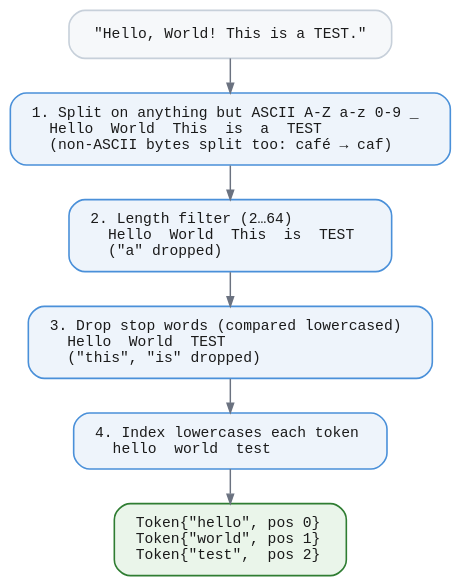
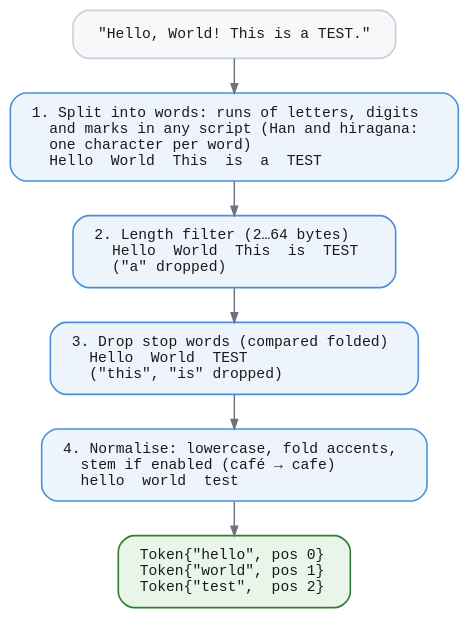
One commit to jeffhajewski/latticedb changed the diagram in book/diagrams/fts-tokenize.dot. Above: the diagram before and after it, drawn with Graphviz. The commit also changed 15 other files, not shown here.

First line of the commit message:
Bring the full-text search diagrams in line with the code

```diff
--- a/book/diagrams/fts-tokenize.dot
+++ b/book/diagrams/fts-tokenize.dot
@@ -1,23 +1,23 @@
-// Tokenization: split on ASCII word characters, filter by length, drop stop
-// words (compared lowercased); the index lowercases the tokens it keeps.
+// Tokenization: split into words by Unicode class, filter by length, drop
+// stop words (compared folded), then normalise each word into a term.
 digraph fts_tokenize {
   bgcolor="transparent"
   rankdir=TB
   nodesep=0.3
   ranksep=0.36
   fontname="Helvetica,Arial,sans-serif"
   node [shape=box style="filled,rounded" fillcolor="#eef4fb" color="#4a90d9"
         penwidth=1.2 fontname="Menlo,Consolas,monospace" fontsize=11
         fontcolor="#1a1a1a" margin="0.22,0.13"]
   edge [color="#6b7280" penwidth=1.1 arrowsize=0.7]
 
   in [label="\"Hello, World! This is a TEST.\"" fillcolor="#f6f8fa" color="#c7d0da"]
-  s1 [label="1. Split on anything but ASCII A-Z a-z 0-9 _\l   Hello  World  This  is  a  TEST\l   (non-ASCII bytes split too: café → caf)\l"]
-  s2 [label="2. Length filter (2…64)\l   Hello  World  This  is  TEST\l   (\"a\" dropped)\l"]
-  s3 [label="3. Drop stop words (compared lowercased)\l   Hello  World  TEST\l   (\"this\", \"is\" dropped)\l"]
-  s4 [label="4. Index lowercases each token\l   hello  world  test\l"]
+  s1 [label="1. Split into words: runs of letters, digits\l   and marks in any script (Han and hiragana:\l   one character per word)\l   Hello  World  This  is  a  TEST\l"]
+  s2 [label="2. Length filter (2…64 bytes)\l   Hello  World  This  is  TEST\l   (\"a\" dropped)\l"]
+  s3 [label="3. Drop stop words (compared folded)\l   Hello  World  TEST\l   (\"this\", \"is\" dropped)\l"]
+  s4 [label="4. Normalise: lowercase, fold accents,\l   stem if enabled (café → cafe)\l   hello  world  test\l"]
   out [label="Token{\"hello\", pos 0}\lToken{\"world\", pos 1}\lToken{\"test\",  pos 2}\l"
        fillcolor="#eaf5ea" color="#2f7d32"]
 
   in -> s1 -> s2 -> s3 -> s4 -> out
 }
```
